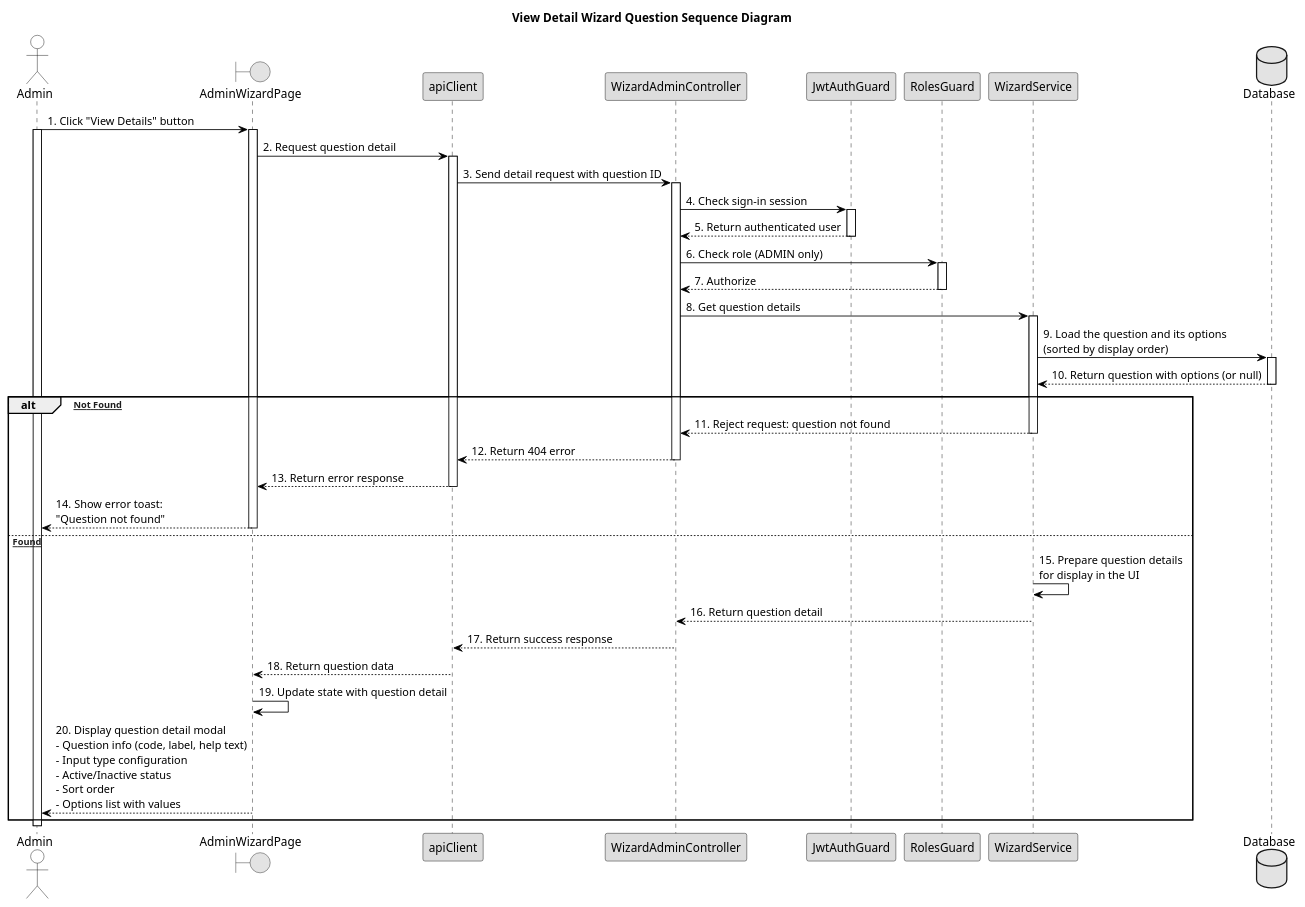
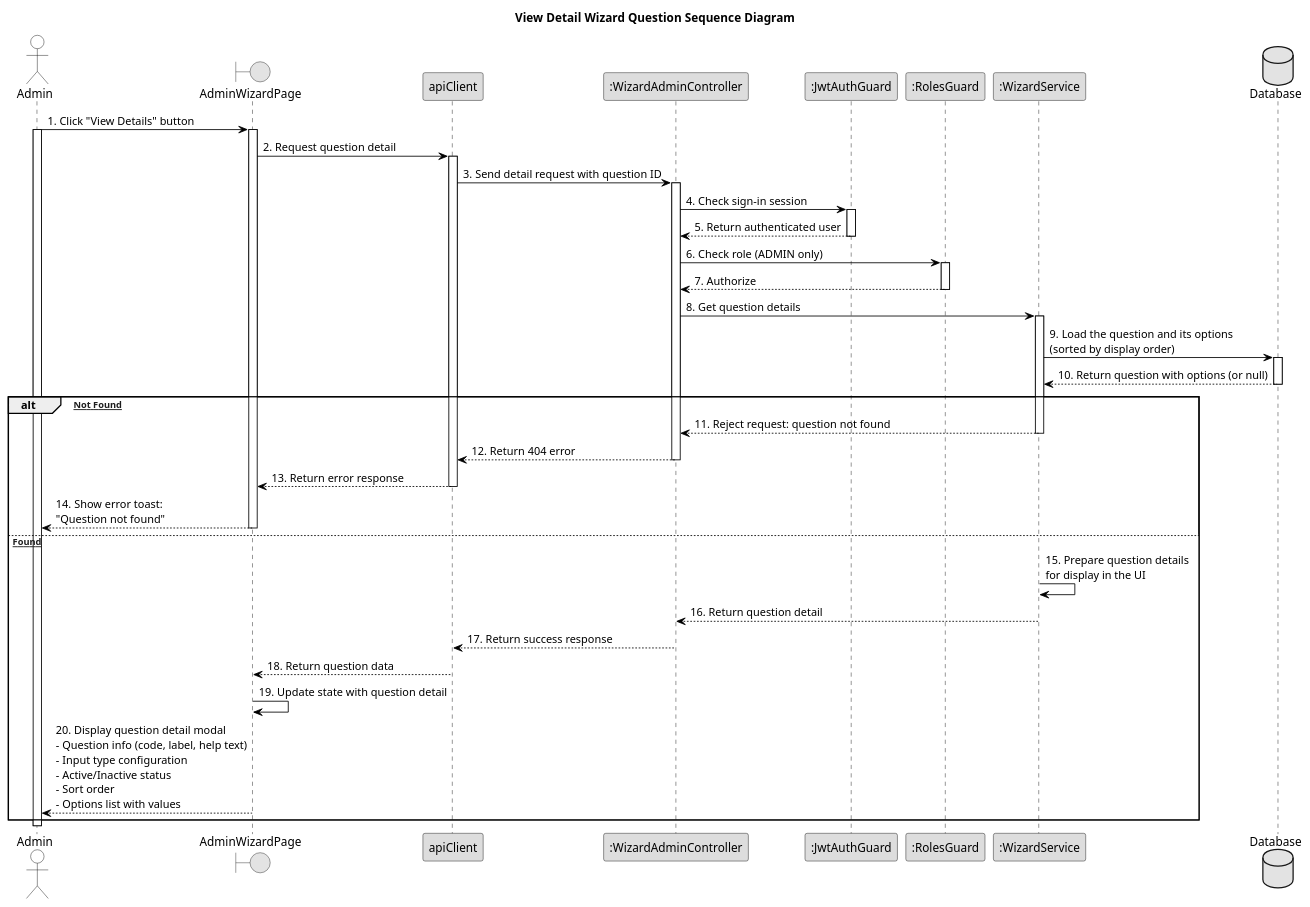
Before and after one commit to bangdcce/SEP492-Project: the diagram in diagram/view_detail_wizard_question_sequence_diagram.puml, drawn with PlantUML. The commit also changed 22 other files, not shown here.

```diff
--- a/diagram/view_detail_wizard_question_sequence_diagram.puml
+++ b/diagram/view_detail_wizard_question_sequence_diagram.puml
@@ -1,98 +1,98 @@
 @startuml View_Detail_Wizard_Question_Sequence_Diagram
 
 skinparam monochrome true
 skinparam defaultFontColor Black
 skinparam shadowing false
 
 skinparam sequence {
     ArrowColor Black
     LifeLineBorderColor Black
     LifeLineBackgroundColor White
 
     ParticipantBorderColor Black
     ParticipantBackgroundColor #DDDDDD
     ParticipantFontColor Black
 
     ActorBorderColor Black
     ActorBackgroundColor White
     ActorFontColor Black
 
     GroupHeaderFontColor Black
     GroupHeaderBackgroundColor White
     GroupBodyBackgroundColor White
     GroupBorderColor Black
 }
 
 title View Detail Wizard Question Sequence Diagram
 
 actor Admin
 boundary "AdminWizardPage" as Page
 participant "apiClient" as API
-participant "WizardAdminController" as Controller
-participant "JwtAuthGuard" as JWTGuard
-participant "RolesGuard" as RoleGuard
-participant "WizardService" as Service
+participant ":WizardAdminController" as Controller
+participant ":JwtAuthGuard" as JWTGuard
+participant ":RolesGuard" as RoleGuard
+participant ":WizardService" as Service
 database "Database" as DB
 
 Admin -> Page : 1. Click "View Details" button
 activate Admin
 activate Page
 
 Page -> API : 2. Request question detail
 activate API
 
 API -> Controller : 3. Send detail request with question ID
 activate Controller
 
 Controller -> JWTGuard : 4. Check sign-in session
 activate JWTGuard
 JWTGuard --> Controller : 5. Return authenticated user
 deactivate JWTGuard
 
 Controller -> RoleGuard : 6. Check role (ADMIN only)
 activate RoleGuard
 RoleGuard --> Controller : 7. Authorize
 deactivate RoleGuard
 
 Controller -> Service : 8. Get question details
 activate Service
 
 Service -> DB : 9. Load the question and its options\n(sorted by display order)
 activate DB
 DB --> Service : 10. Return question with options (or null)
 deactivate DB
 
 alt [Question Not Found]
     Service --> Controller : 11. Reject request: question not found
     deactivate Service
 
     Controller --> API : 12. Return 404 error
     deactivate Controller
 
     API --> Page : 13. Return error response
     deactivate API
 
     Page --> Admin : 14. Show error toast:\n"Question not found"
     deactivate Page
 
 else [Question Found]
     Service -> Service : 15. Prepare question details\nfor display in the UI
 
     Service --> Controller : 16. Return question detail
     deactivate Service
 
     Controller --> API : 17. Return success response
     deactivate Controller
 
     API --> Page : 18. Return question data
     deactivate API
 
     Page -> Page : 19. Update state with question detail
 
     Page --> Admin : 20. Display question detail modal\n- Question info (code, label, help text)\n- Input type configuration\n- Active/Inactive status\n- Sort order\n- Options list with values
     deactivate Page
 end
 
 deactivate Admin
 
 @enduml
```
